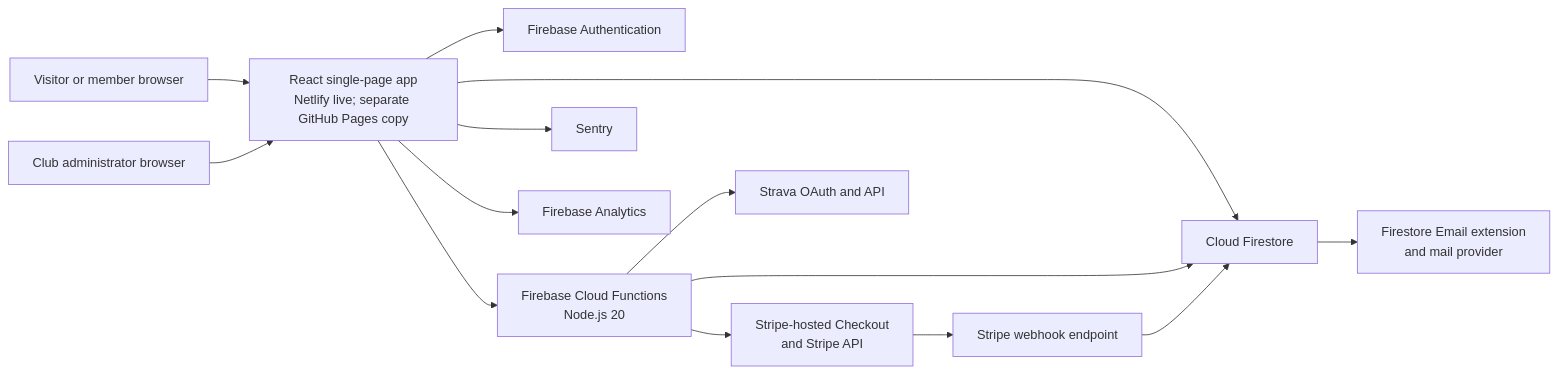
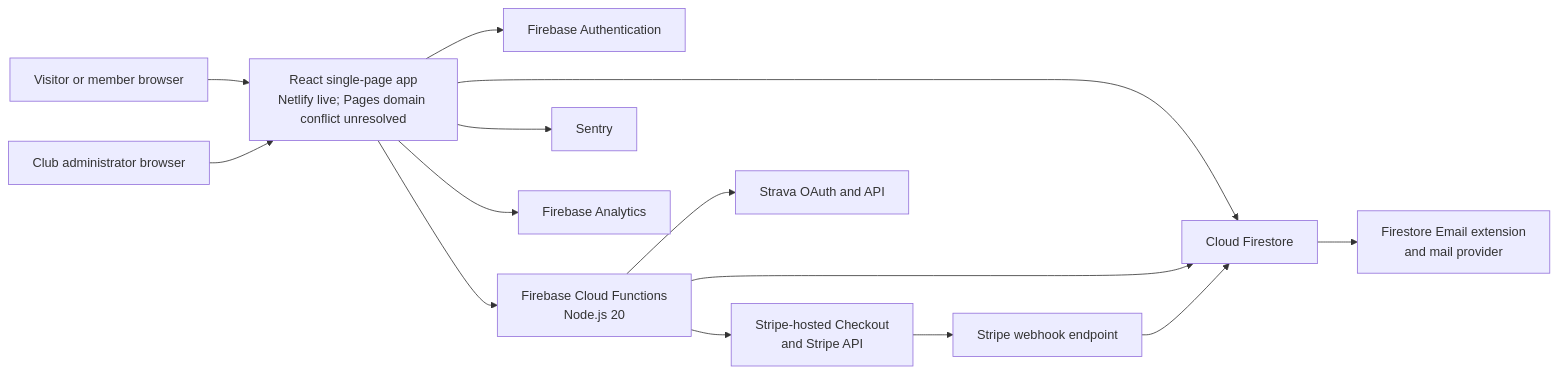
The first of 6 diagrams in SYSTEM_DESIGN.md (Run-MPRC/Run-MPRC.github.io), drawn with Mermaid before and after one commit. The commit also changed other lines of this file and 25 other files, not shown here.

````diff
--- a/SYSTEM_DESIGN.md
+++ b/SYSTEM_DESIGN.md
@@ -49,29 +49,29 @@
 ```mermaid
 flowchart LR
     Visitor["Visitor or member browser"]
     Admin["Club administrator browser"]
-    Web["React single-page app\nNetlify live; separate GitHub Pages copy"]
+    Web["React single-page app\nNetlify live; Pages domain conflict unresolved"]
     Auth["Firebase Authentication"]
     FS["Cloud Firestore"]
     Fn["Firebase Cloud Functions\nNode.js 20"]
     Stripe["Stripe-hosted Checkout\nand Stripe API"]
     Hook["Stripe webhook endpoint"]
     Mail["Firestore Email extension\nand mail provider"]
     Strava["Strava OAuth and API"]
     Sentry["Sentry"]
     Analytics["Firebase Analytics"]
 
     Visitor --> Web
     Admin --> Web
     Web --> Auth
     Web --> FS
     Web --> Fn
     Fn --> FS
     Fn --> Stripe
     Stripe --> Hook
     Hook --> FS
     FS --> Mail
     Fn --> Strava
     Web --> Sentry
     Web --> Analytics
 ```
````
